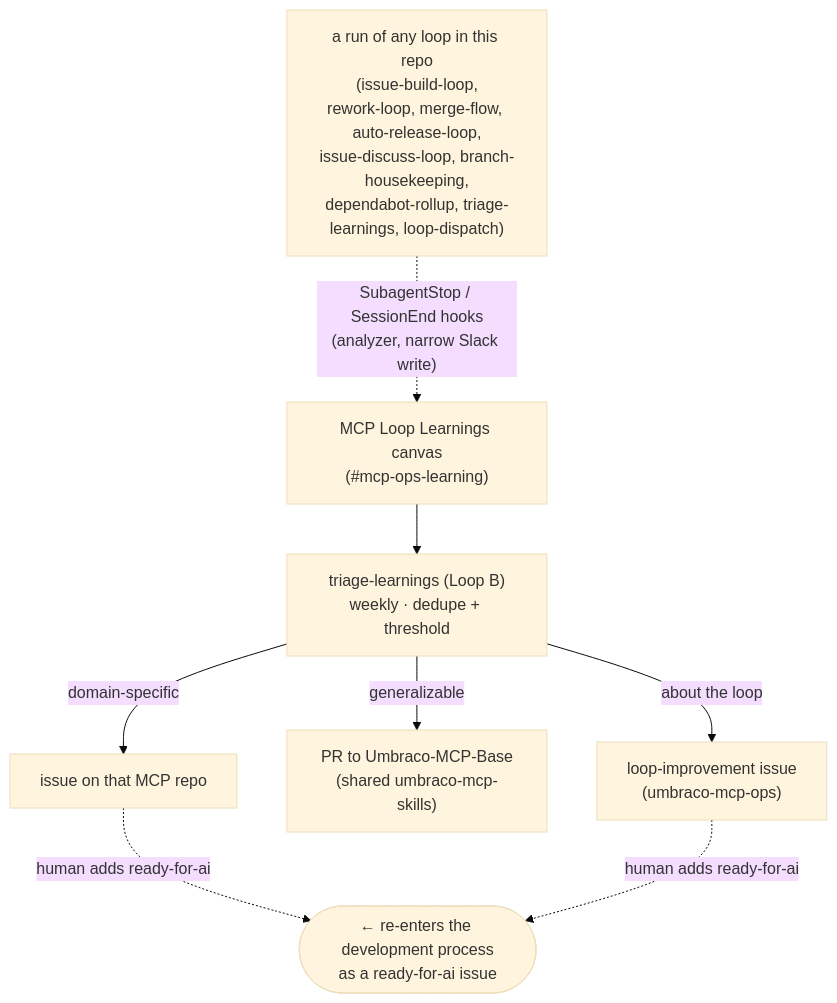
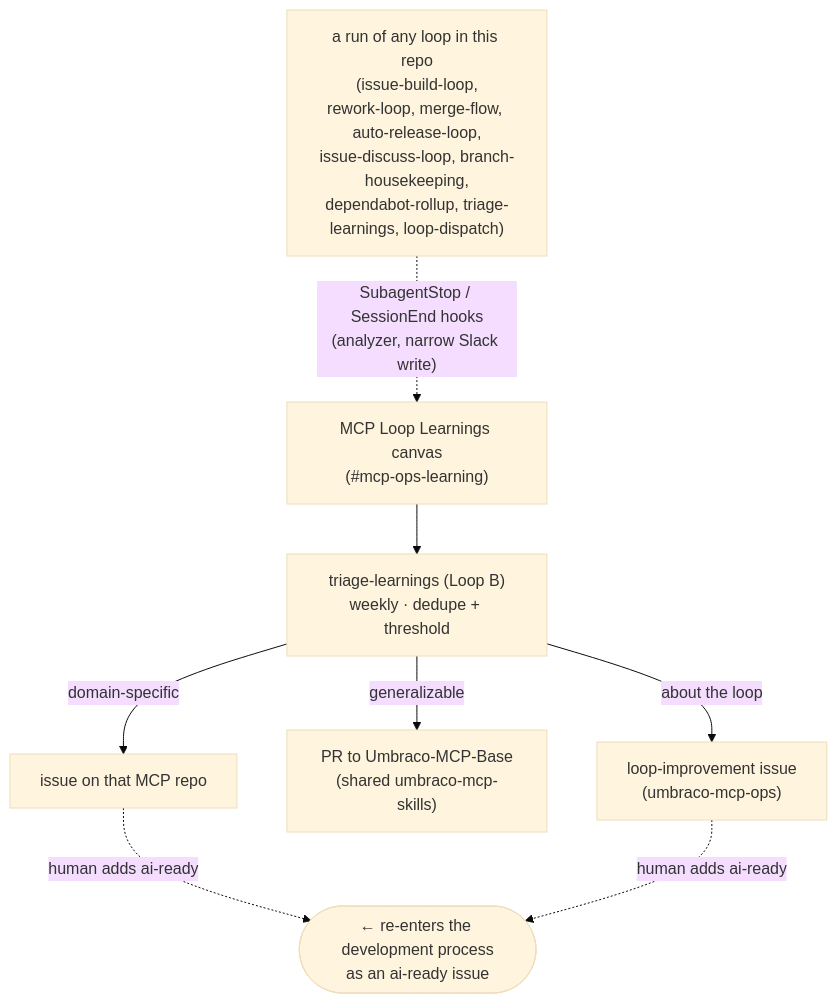
Before and after one commit to hifi-phil/umbraco-mcp-ops: the second of 3 diagrams in docs/self-learning-system.md, drawn with Mermaid (base theme). The commit also changed other lines of this file and 85 other files, not shown here.

````diff
--- a/docs/self-learning-system.md
+++ b/docs/self-learning-system.md
@@ -44,10 +44,10 @@
 ```mermaid
 flowchart TD
     LOOP["a run of any loop in this repo<br/>(issue-build-loop,<br/>rework-loop, merge-flow, auto-release-loop,<br/>issue-discuss-loop, branch-housekeeping,<br/>dependabot-rollup, triage-learnings, loop-dispatch)"] -. "SubagentStop / SessionEnd hooks<br/>(analyzer, narrow Slack write)" .-> CANVAS["MCP Loop Learnings canvas<br/>(#mcp-ops-learning)"]
     CANVAS --> TRIAGE["triage-learnings (Loop B)<br/>weekly · dedupe + threshold"]
     TRIAGE -->|domain-specific| MREPO["issue on that MCP repo"]
     TRIAGE -->|generalizable| SHARED["PR to Umbraco-MCP-Base<br/>(shared umbraco-mcp-skills)"]
     TRIAGE -->|about the loop| LOOPIMP["loop-improvement issue<br/>(umbraco-mcp-ops)"]
-    MREPO -. "human adds ready-for-ai" .-> BACK(["← re-enters the development process<br/>as a ready-for-ai issue"])
-    LOOPIMP -. "human adds ready-for-ai" .-> BACK
+    MREPO -. "human adds ai-ready" .-> BACK(["← re-enters the development process<br/>as an ai-ready issue"])
+    LOOPIMP -. "human adds ai-ready" .-> BACK
 ```
````
